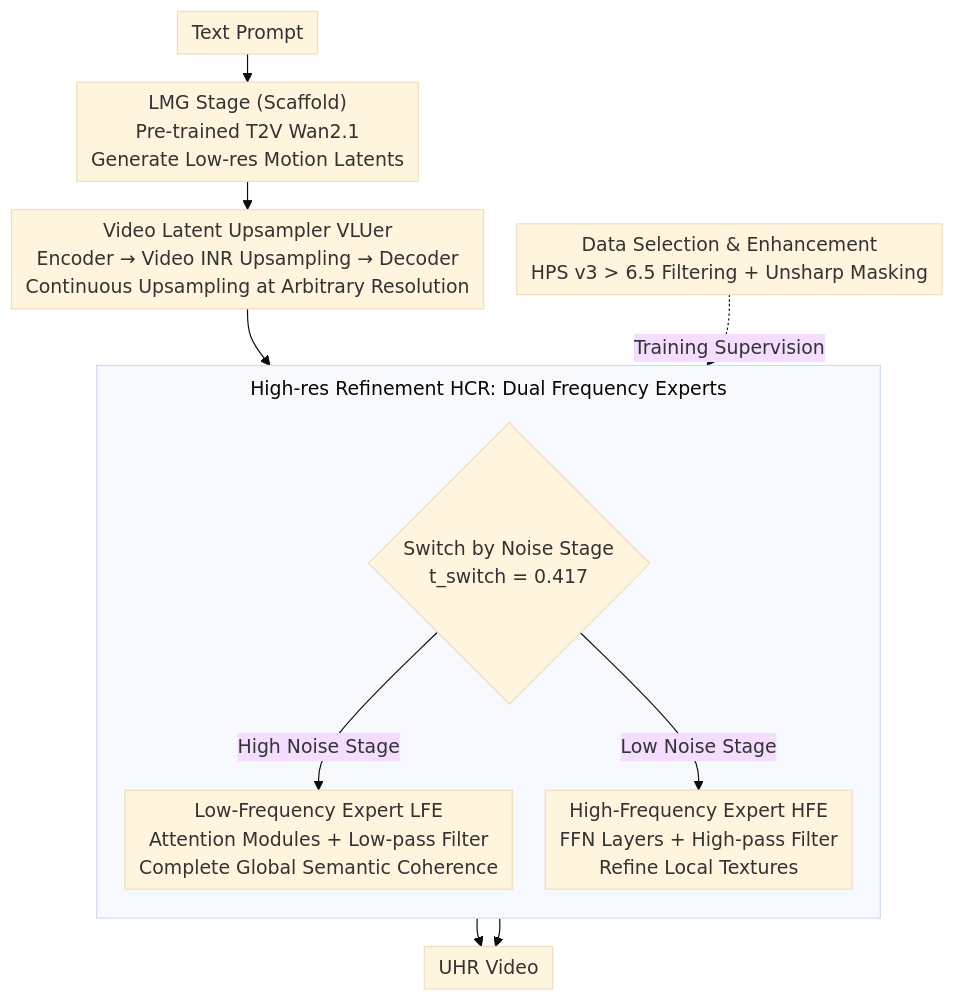
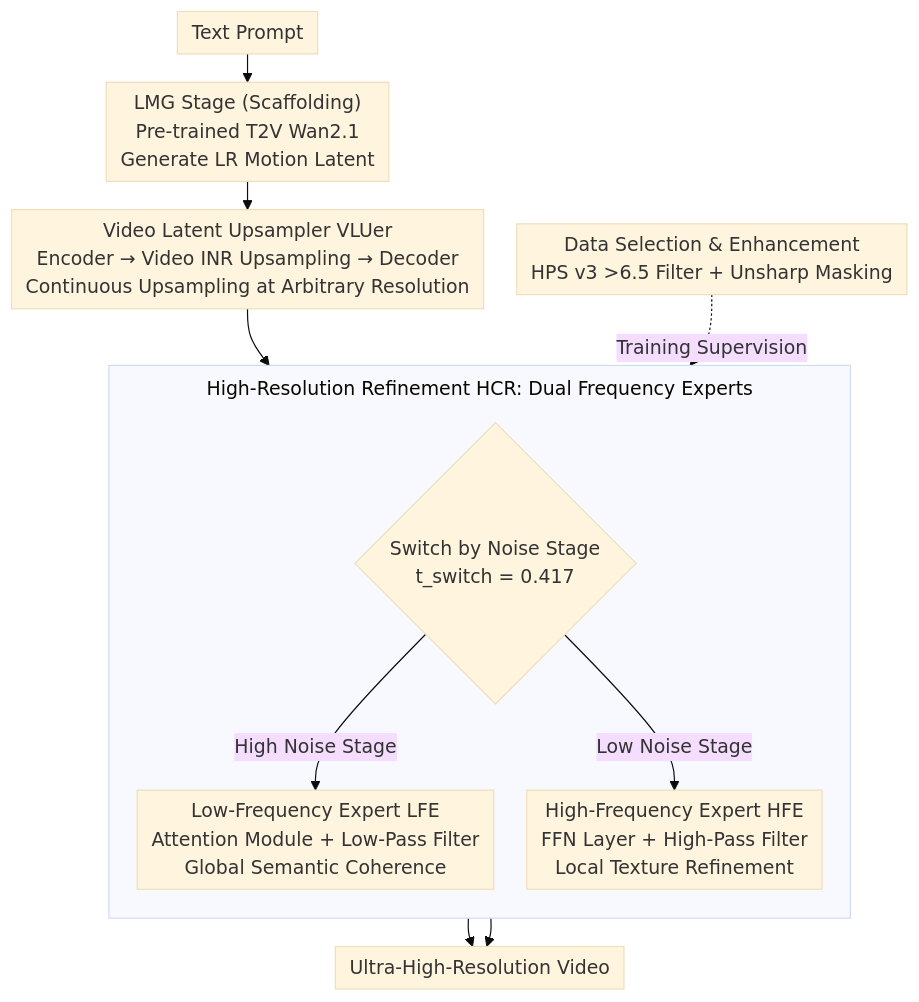
One commit to zhaoyang97/Paper-Notes-en changed the diagram in docs/ICML2026/video_generation/luve_latent-cascaded_ultra-high-resolution_video_generation_with_dual_frequency_.md. Above: the diagram before and after it, drawn with Mermaid (base theme). The commit also changed other lines of this file and 5084 other files, not shown here.

````diff
--- a/docs/ICML2026/video_generation/luve_latent-cascaded_ultra-high-resolution_video_generation_with_dual_frequency_.md
+++ b/docs/ICML2026/video_generation/luve_latent-cascaded_ultra-high-resolution_video_generation_with_dual_frequency_.md
@@ -46,15 +46,15 @@
 ```mermaid
 %%{init: {'flowchart': {'rankSpacing': 24, 'nodeSpacing': 28, 'padding': 6, 'wrappingWidth': 400, 'subGraphTitleMargin': {'top': 8, 'bottom': 16}}}}%%
 flowchart TD
-    P["Text Prompt"] --> LMG["LMG Stage (Scaffold)<br/>Pre-trained T2V Wan2.1<br/>Generate Low-res Motion Latents"]
+    P["Text Prompt"] --> LMG["LMG Stage (Scaffolding)<br/>Pre-trained T2V Wan2.1<br/>Generate LR Motion Latent"]
     LMG --> VLU["Video Latent Upsampler VLUer<br/>Encoder → Video INR Upsampling → Decoder<br/>Continuous Upsampling at Arbitrary Resolution"]
     VLU --> SW{"Switch by Noise Stage<br/>t_switch = 0.417"}
-    subgraph HCR["High-res Refinement HCR: Dual Frequency Experts"]
+    subgraph HCR["High-Resolution Refinement HCR: Dual Frequency Experts"]
         direction TB
-        SW -->|"High Noise Stage"| LFE["Low-Frequency Expert LFE<br/>Attention Modules + Low-pass Filter<br/>Complete Global Semantic Coherence"]
-        SW -->|"Low Noise Stage"| HFE["High-Frequency Expert HFE<br/>FFN Layers + High-pass Filter<br/>Refine Local Textures"]
+        SW -->|"High Noise Stage"| LFE["Low-Frequency Expert LFE<br/>Attention Module + Low-Pass Filter<br/>Global Semantic Coherence"]
+        SW -->|"Low Noise Stage"| HFE["High-Frequency Expert HFE<br/>FFN Layer + High-Pass Filter<br/>Local Texture Refinement"]
     end
-    DATA["Data Selection & Enhancement<br/>HPS v3 > 6.5 Filtering + Unsharp Masking"] -.Training Supervision.-> HCR
-    LFE --> OUT["UHR Video"]
+    DATA["Data Selection & Enhancement<br/>HPS v3 &gt;6.5 Filter + Unsharp Masking"] -.Training Supervision.-> HCR
+    LFE --> OUT["Ultra-High-Resolution Video"]
     HFE --> OUT
 ```
````
